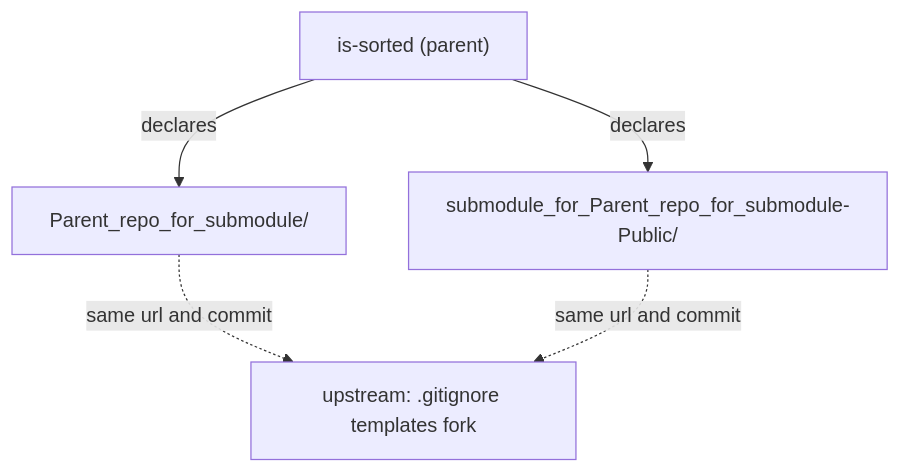
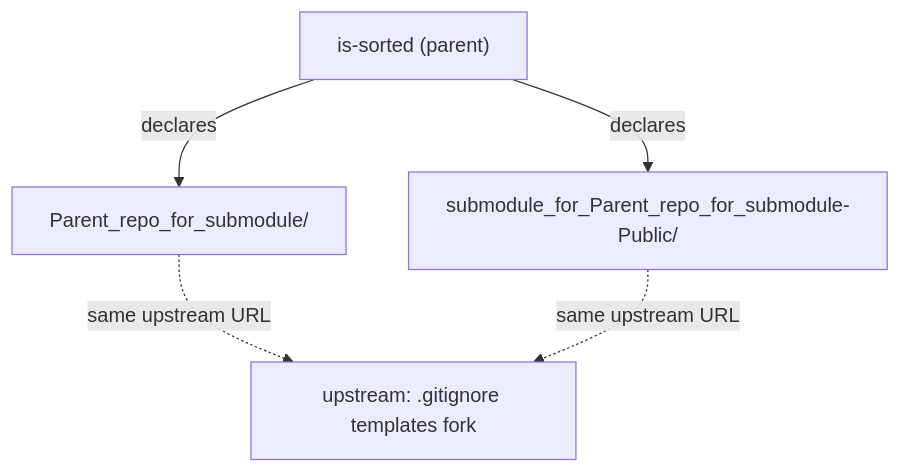
Before and after one commit to lakshya-blitzy/Parent_repo_for_submodule: the second of 2 diagrams in README.md, drawn with Mermaid. The commit also changed other lines of this file, not shown here.

First line of the commit message:
docs(review): fix README accuracy, citations, diagram, and release safety

````diff
--- a/README.md
+++ b/README.md
@@ -234,11 +244,11 @@
 ```mermaid
 flowchart TB
     Parent["is-sorted (parent)"]
     SM1["Parent_repo_for_submodule/"]
     SM2["submodule_for_Parent_repo_for_submodule-Public/"]
     Upstream["upstream: .gitignore templates fork"]
     Parent -->|declares| SM1
     Parent -->|declares| SM2
-    SM1 -.->|same url and commit| Upstream
-    SM2 -.->|same url and commit| Upstream
+    SM1 -.->|same upstream URL| Upstream
+    SM2 -.->|same upstream URL| Upstream
 ```
````
